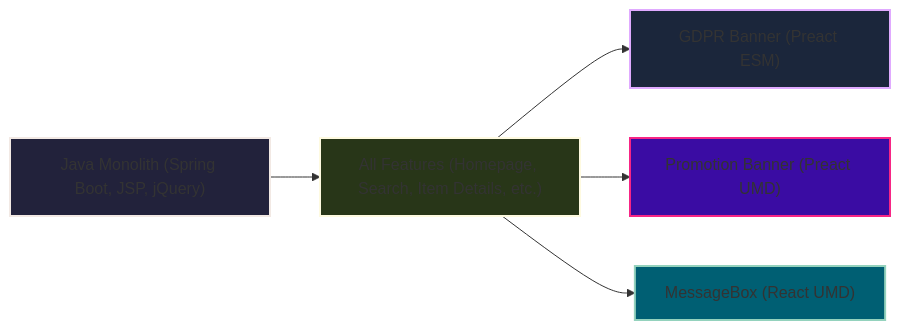
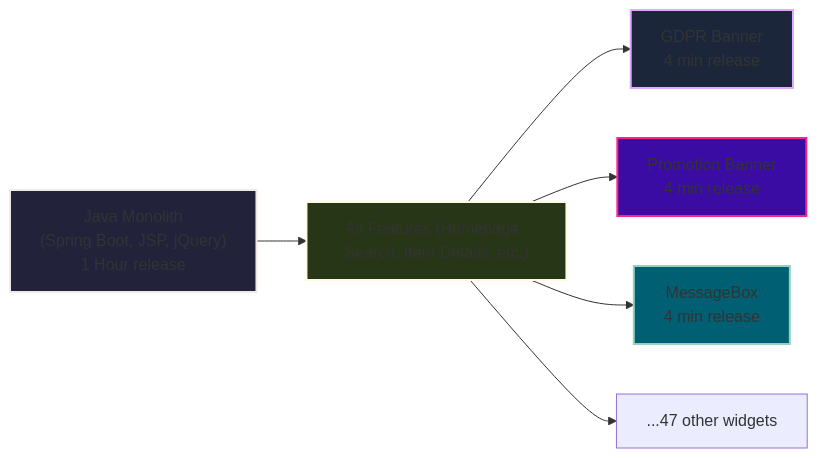
One commit to dvelasquez/why-astro-at-ka changed the diagram in pages/04.md. Above: the diagram before and after it, drawn with Mermaid. The commit also changed 1 other file, not shown here.

Commit message:
updated diagrams and added more click animations

````diff
--- a/pages/04.md
+++ b/pages/04.md
@@ -7,21 +7,23 @@
 ```mermaid
 flowchart LR
-    JavaApp["Java Monolith (Spring Boot, JSP, jQuery)"]
+    JavaApp["Java Monolith <br> (Spring Boot, JSP, jQuery) <br>1 Hour release"]
     AllFeatures["All Features (Homepage, Search, Item Details, etc.)"]
     JavaApp --> AllFeatures
     
     %% Microfrontends (UMD/ESM Widgets)
-    GDPR["GDPR Banner (Preact ESM)"]
-    Promo["Promotion Banner (Preact UMD)"]
-    MsgBox["MessageBox (React UMD)"]
+    GDPR["GDPR Banner <br>4 min release"]
+    Promo["Promotion Banner <br>4 min release"]
+    MsgBox["MessageBox <br>4 min release"]
+    Others["...47 other widgets"]
     
     AllFeatures --> GDPR
     AllFeatures --> Promo
     AllFeatures --> MsgBox
+    AllFeatures --> Others
     
     style JavaApp fill:#22223b,stroke:#f2e9e4,stroke-width:2px
     style AllFeatures fill:#283618,stroke:#fefae0,stroke-width:2px
     style GDPR fill:#1b263b,stroke:#e0aaff,stroke-width:2px
     style Promo fill:#3a0ca3,stroke:#f72585,stroke-width:2px
     style MsgBox fill:#005f73,stroke:#94d2bd,stroke-width:2px
 ```
````
